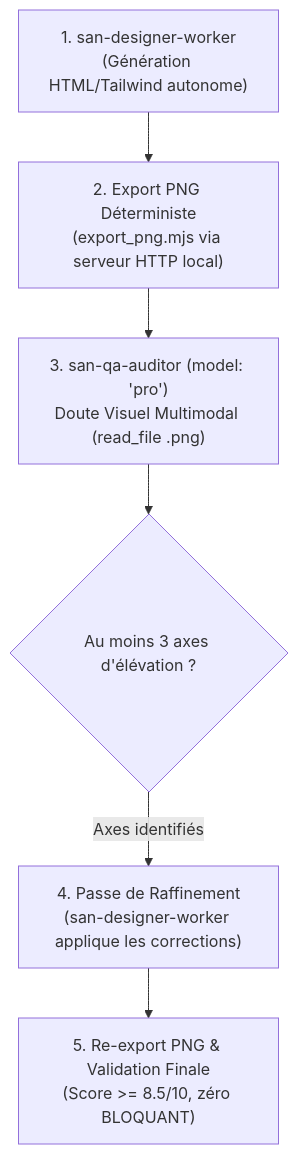
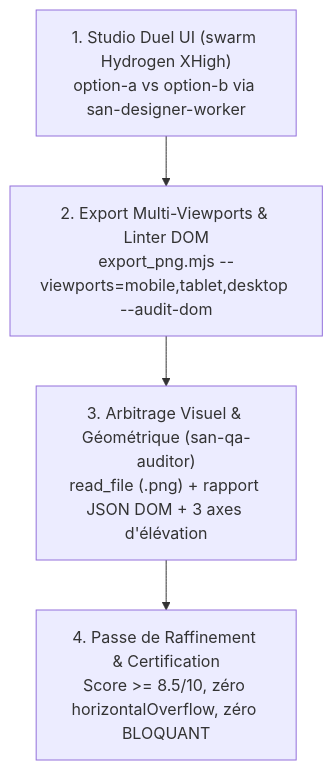
One commit to alexsan-dev/san_agy_framework changed the diagram in src/skills/san_designer/SKILL.md. Above: the diagram before and after it, drawn with Mermaid. The commit also changed other lines of this file and 53 other files, not shown here.

````diff
--- a/src/skills/san_designer/SKILL.md
+++ b/src/skills/san_designer/SKILL.md
@@ -25,8 +26,6 @@
 ```mermaid
 flowchart TD
-    Step1["1. san-designer-worker\n(Génération HTML/Tailwind autonome)"] --> Step2["2. Export PNG Déterministe\n(export_png.mjs via serveur HTTP local)"]
-    Step2 --> Step3["3. san-qa-auditor (model: 'pro')\nDoute Visuel Multimodal (read_file .png)"]
-    Step3 --> Decision{"Au moins 3 axes d'élévation ?"}
-    Decision -->|"Axes identifiés"| Step4["4. Passe de Raffinement\n(san-designer-worker applique les corrections)"]
-    Step4 --> Step5["5. Re-export PNG & Validation Finale\n(Score >= 8.5/10, zéro BLOQUANT)"]
+    Duel["1. Studio Duel UI (swarm Hydrogen XHigh)\noption-a vs option-b via san-designer-worker"] --> Export["2. Export Multi-Viewports & Linter DOM\nexport_png.mjs --viewports=mobile,tablet,desktop --audit-dom"]
+    Export --> Audit["3. Arbitrage Visuel & Géométrique (san-qa-auditor)\nread_file (.png) + rapport JSON DOM + 3 axes d'élévation"]
+    Audit --> Refine["4. Passe de Raffinement & Certification\nScore >= 8.5/10, zéro horizontalOverflow, zéro BLOQUANT"]
 ```
````
